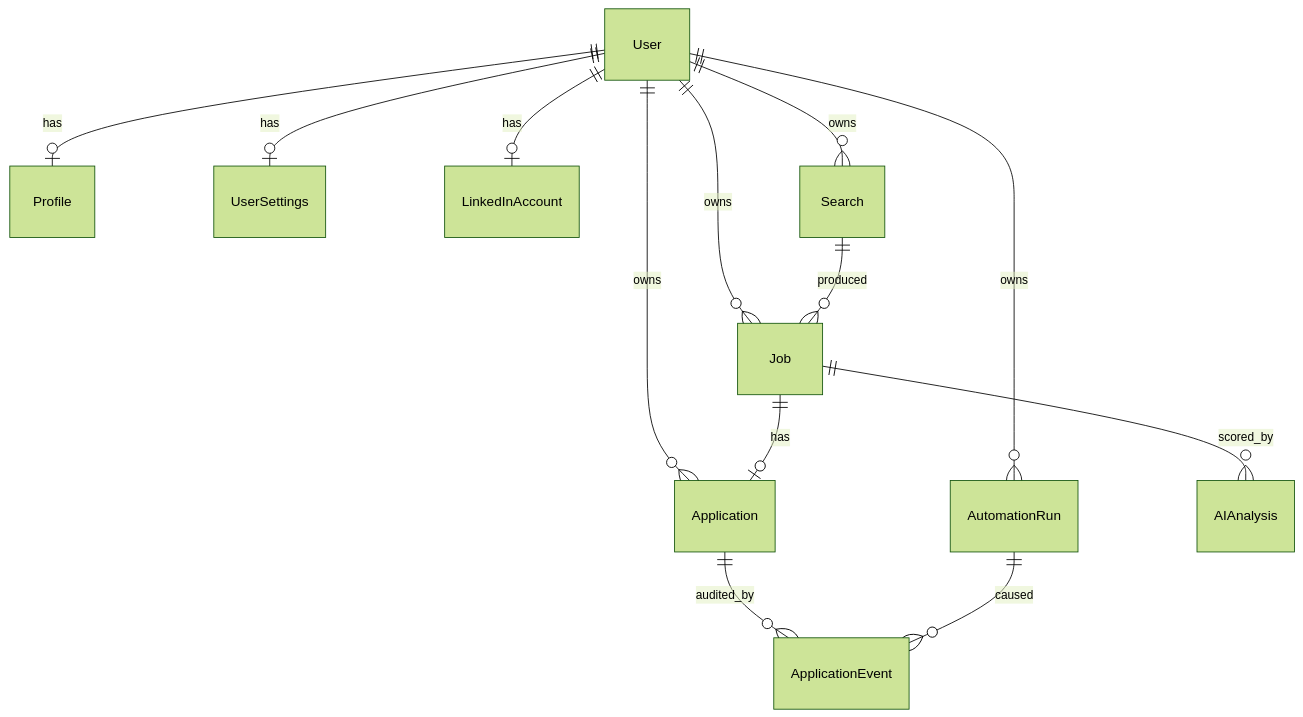
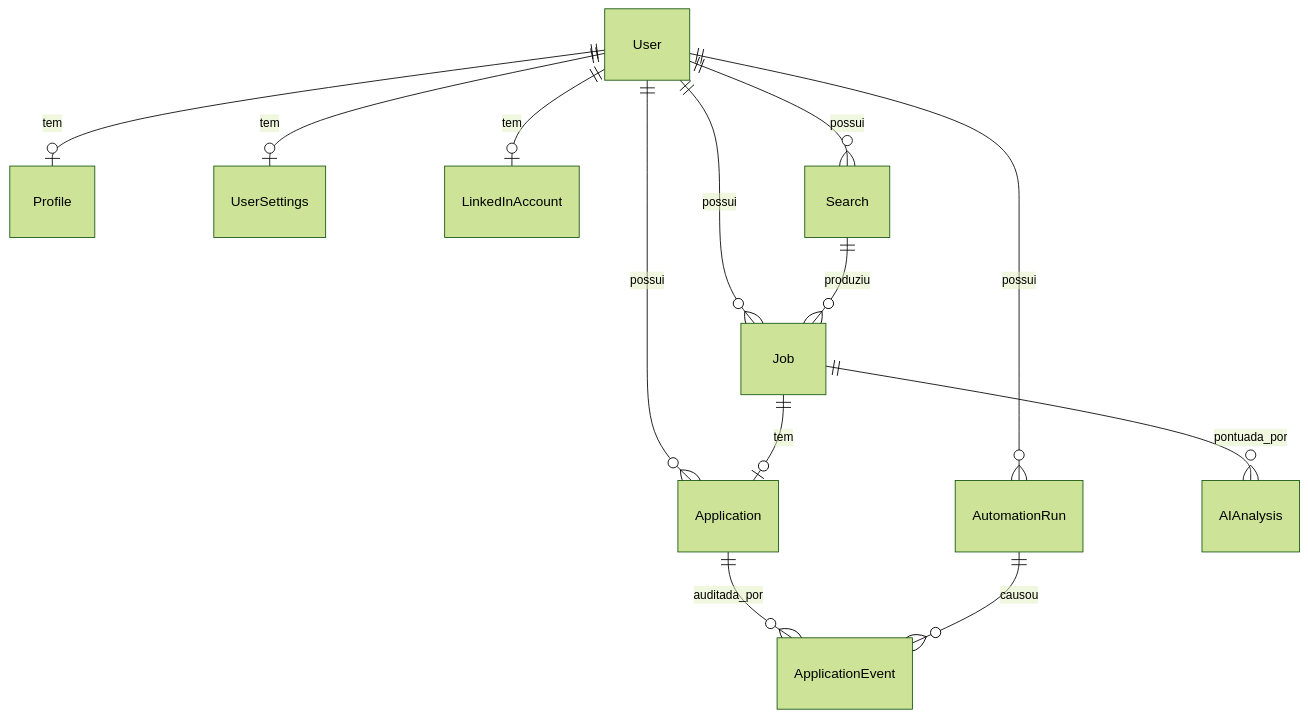
One commit to joaovictorgcu/smart-job-apply changed the second of 3 diagrams in docs/architecture.md. Above: the diagram before and after it, drawn with Mermaid (forest theme). The commit also changed other lines of this file and 6 other files, not shown here.

````diff
--- a/docs/architecture.md
+++ b/docs/architecture.md
@@ -66,15 +66,15 @@
 ```mermaid
 erDiagram
-    User ||--o| Profile : has
-    User ||--o| UserSettings : has
-    User ||--o| LinkedInAccount : has
-    User ||--o{ Search : owns
-    User ||--o{ Job : owns
-    User ||--o{ Application : owns
-    User ||--o{ AutomationRun : owns
-    Search ||--o{ Job : produced
-    Job ||--o| Application : has
-    Job ||--o{ AIAnalysis : scored_by
-    Application ||--o{ ApplicationEvent : audited_by
-    AutomationRun ||--o{ ApplicationEvent : caused
+    User ||--o| Profile : tem
+    User ||--o| UserSettings : tem
+    User ||--o| LinkedInAccount : tem
+    User ||--o{ Search : possui
+    User ||--o{ Job : possui
+    User ||--o{ Application : possui
+    User ||--o{ AutomationRun : possui
+    Search ||--o{ Job : produziu
+    Job ||--o| Application : tem
+    Job ||--o{ AIAnalysis : pontuada_por
+    Application ||--o{ ApplicationEvent : auditada_por
+    AutomationRun ||--o{ ApplicationEvent : causou
 ```
````
